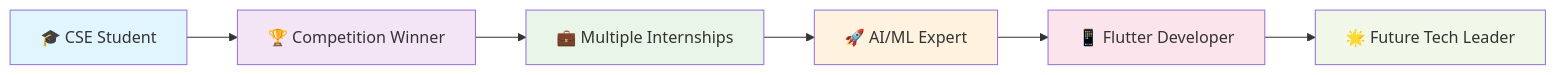
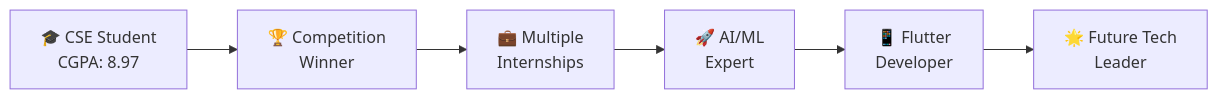
One commit to LuckyBug777/Portfolio changed the second of 2 diagrams in README.md. Above: the diagram before and after it, drawn with Mermaid.

````diff
--- a/README.md
+++ b/README.md
@@ -275,15 +275,8 @@
 ```mermaid
 graph LR
-    A[🎓 CSE Student] --> B[🏆 Competition Winner]
-    B --> C[💼 Multiple Internships]
-    C --> D[🚀 AI/ML Expert]
-    D --> E[📱 Flutter Developer]
-    E --> F[🌟 Future Tech Leader]
-    
-    style A fill:#e1f5fe
-    style B fill:#f3e5f5
-    style C fill:#e8f5e8
-    style D fill:#fff3e0
-    style E fill:#fce4ec
-    style F fill:#f1f8e9
+    A["🎓 CSE Student<br/>CGPA: 8.97"] --> B["🏆 Competition<br/>Winner"]
+    B --> C["💼 Multiple<br/>Internships"]
+    C --> D["🚀 AI/ML<br/>Expert"]
+    D --> E["📱 Flutter<br/>Developer"]
+    E --> F["🌟 Future Tech<br/>Leader"]
 ```
````
